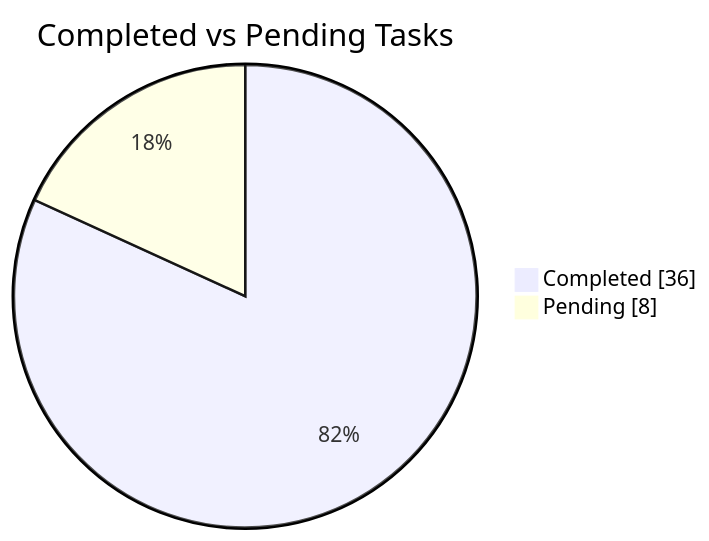
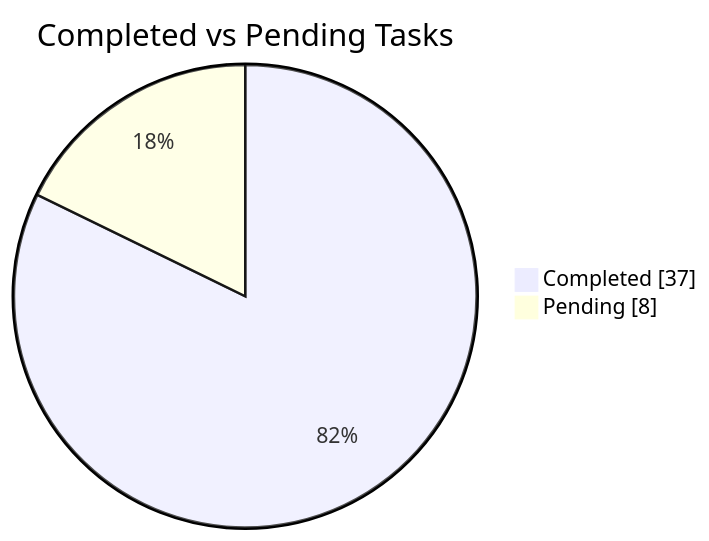
The second of 3 diagrams in Global_Summary.md (Realityspeaker/My-Work-Diary), drawn with Mermaid before and after one commit. The commit also changed other lines of this file, not shown here.

````diff
--- a/Global_Summary.md
+++ b/Global_Summary.md
@@ -40,6 +40,6 @@
 ```mermaid
 pie showData
     title Completed vs Pending Tasks
-    "Completed" : 36
+    "Completed" : 37
     "Pending" : 8
 ```
````
